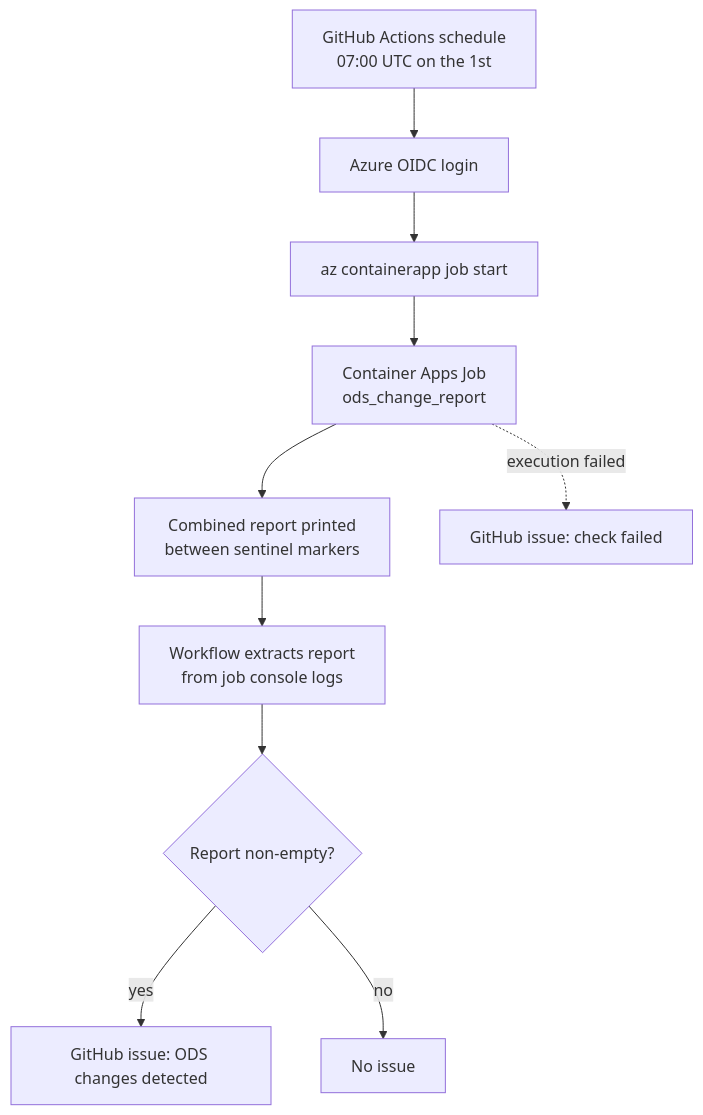
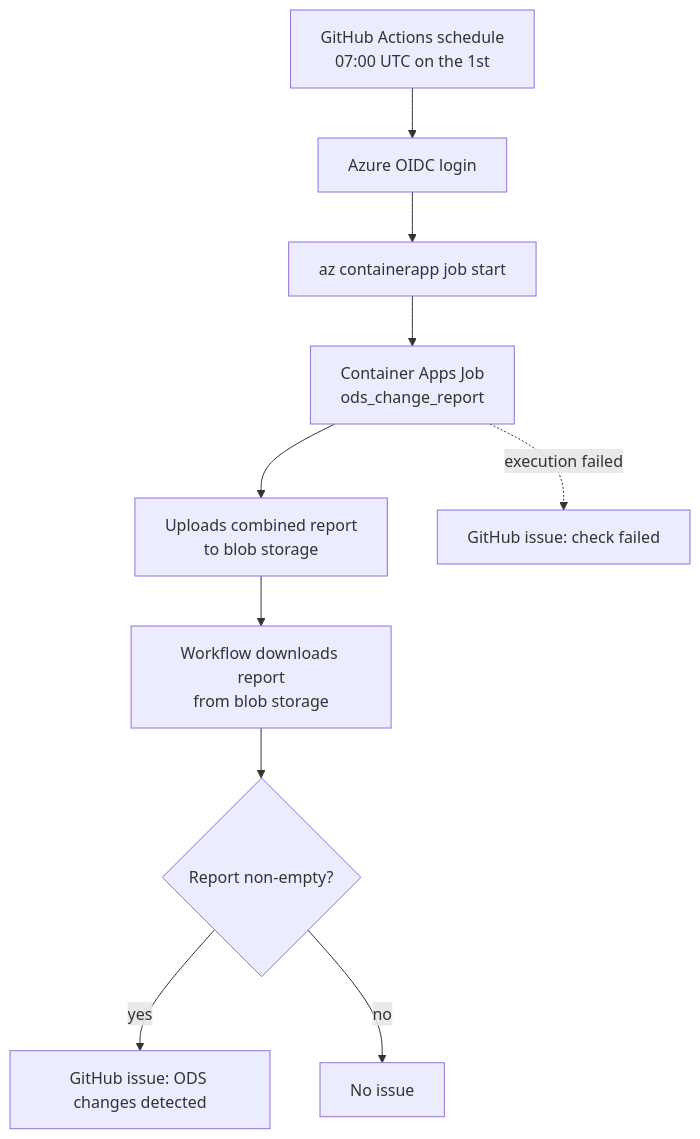
The diagram in documentation/docs/developer/ods-change-detection.md (rcpch/rcpch-nhs-organisations), drawn with Mermaid before and after one commit. The commit also changed other lines of this file and 6 other files, not shown here.

Commit message:
Deliver ODS change report via blob storage instead of job logs

````diff
--- a/documentation/docs/developer/ods-change-detection.md
+++ b/documentation/docs/developer/ods-change-detection.md
@@ -19,12 +19,12 @@
 ```mermaid
 graph TD
     A[GitHub Actions schedule<br/>07:00 UTC on the 1st] --> B[Azure OIDC login]
     B --> C[az containerapp job start]
     C --> D[Container Apps Job<br/>ods_change_report]
-    D --> E[Combined report printed<br/>between sentinel markers]
-    E --> F[Workflow extracts report<br/>from job console logs]
+    D --> E[Uploads combined report<br/>to blob storage]
+    E --> F[Workflow downloads report<br/>from blob storage]
     F --> G{Report non-empty?}
     G -- yes --> H[GitHub issue: ODS changes detected]
     G -- no --> I[No issue]
     D -. execution failed .-> J[GitHub issue: check failed]
 ```
````
